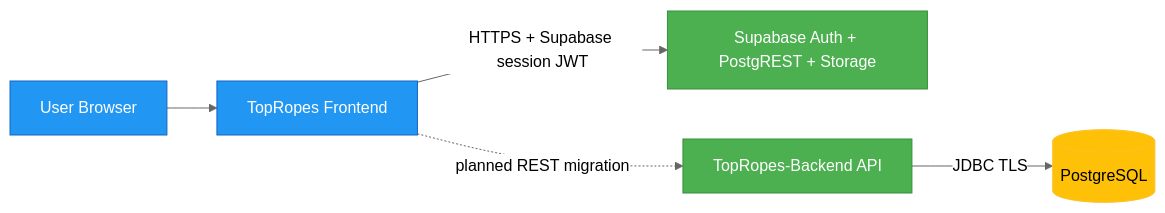
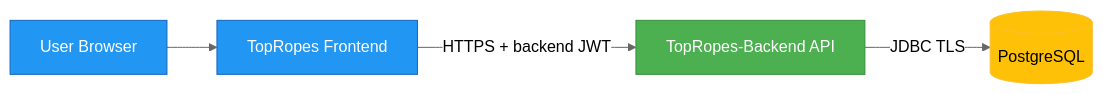
One commit to BitStunner/TopRopes-Backend changed the diagram in docs/architecture/SECURITY_ARCHITECTURE.md. Above: the diagram before and after it, drawn with Mermaid. The commit also changed other lines of this file and 28 other files, not shown here.

````diff
--- a/docs/architecture/SECURITY_ARCHITECTURE.md
+++ b/docs/architecture/SECURITY_ARCHITECTURE.md
@@ -9,16 +9,15 @@
 ```mermaid
 %%{init: {'theme': 'neutral'}}%%
 flowchart LR
   U[User Browser] --> F[TopRopes Frontend]
-  F -->|HTTPS + Supabase session JWT| S[Supabase Auth + PostgREST + Storage]
-  F -. planned REST migration .-> B[TopRopes-Backend API]
+  F -->|HTTPS + backend JWT| B[TopRopes-Backend API]
   B -->|JDBC TLS| P[(PostgreSQL)]
 
   classDef ext fill:#2196F3,stroke:#1565C0,color:#fff;
   classDef app fill:#4CAF50,stroke:#388E3C,color:#fff;
   classDef data fill:#FFC107,stroke:#FBC02D,color:#000;
 
   class U,F ext;
-  class S,B app;
+  class B app;
   class P data;
 ```
````
